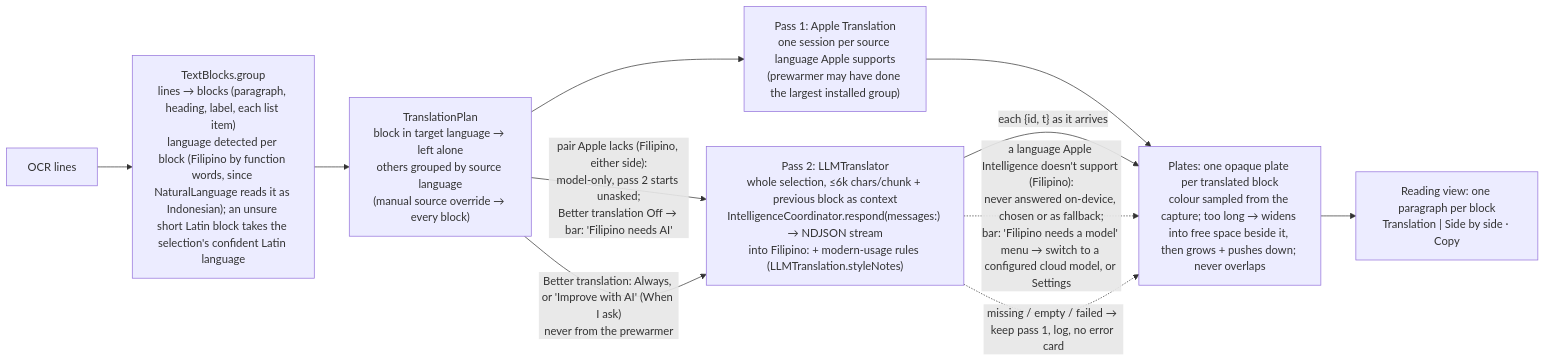
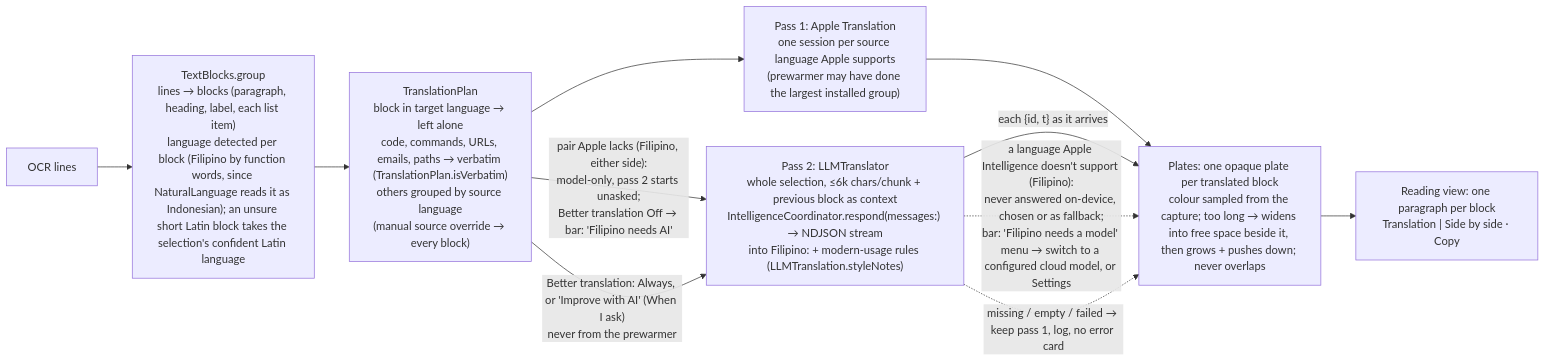
One commit to civarry/lasso-app changed the fifth of 8 diagrams in docs/APP_FLOW.md. Above: the diagram before and after it, drawn with Mermaid. The commit also changed other lines of this file and 5 other files, not shown here.

````diff
--- a/docs/APP_FLOW.md
+++ b/docs/APP_FLOW.md
@@ -443,13 +443,13 @@
 ```mermaid
 flowchart LR
   Lines["OCR lines"] --> Blocks["TextBlocks.group<br/>lines → blocks (paragraph, heading, label, each list item)<br/>language detected per block (Filipino by function words, since NaturalLanguage reads it as Indonesian); an unsure short Latin block takes the selection's confident Latin language"]
-  Blocks --> Plan["TranslationPlan<br/>block in target language → left alone<br/>others grouped by source language<br/>(manual source override → every block)"]
+  Blocks --> Plan["TranslationPlan<br/>block in target language → left alone<br/>code, commands, URLs, emails, paths → verbatim (TranslationPlan.isVerbatim)<br/>others grouped by source language<br/>(manual source override → every block)"]
   Plan --> P1["Pass 1: Apple Translation<br/>one session per source language Apple supports<br/>(prewarmer may have done the largest installed group)"]
   Plan -->|"pair Apple lacks (Filipino, either side):<br/>model-only, pass 2 starts unasked;<br/>Better translation Off → bar: 'Filipino needs AI'"| P2
   P1 --> Plates["Plates: one opaque plate per translated block<br/>colour sampled from the capture; too long → widens into free space beside it, then grows + pushes down; never overlaps"]
   Plan -->|"Better translation: Always, or 'Improve with AI' (When I ask)<br/>never from the prewarmer"| P2["Pass 2: LLMTranslator<br/>whole selection, ≤6k chars/chunk + previous block as context<br/>IntelligenceCoordinator.respond(messages:) → NDJSON stream<br/>into Filipino: + modern-usage rules (LLMTranslation.styleNotes)"]
   P2 -->|"each {id, t} as it arrives"| Plates
   P2 -.->|"a language Apple Intelligence doesn't support (Filipino):<br/>never answered on-device, chosen or as fallback;<br/>bar: 'Filipino needs a model' menu → switch to a configured cloud model, or Settings"| Plates
   P2 -.->|"missing / empty / failed → keep pass 1, log, no error card"| Plates
   Plates --> Reading["Reading view: one paragraph per block<br/>Translation | Side by side · Copy"]
 ```
````
